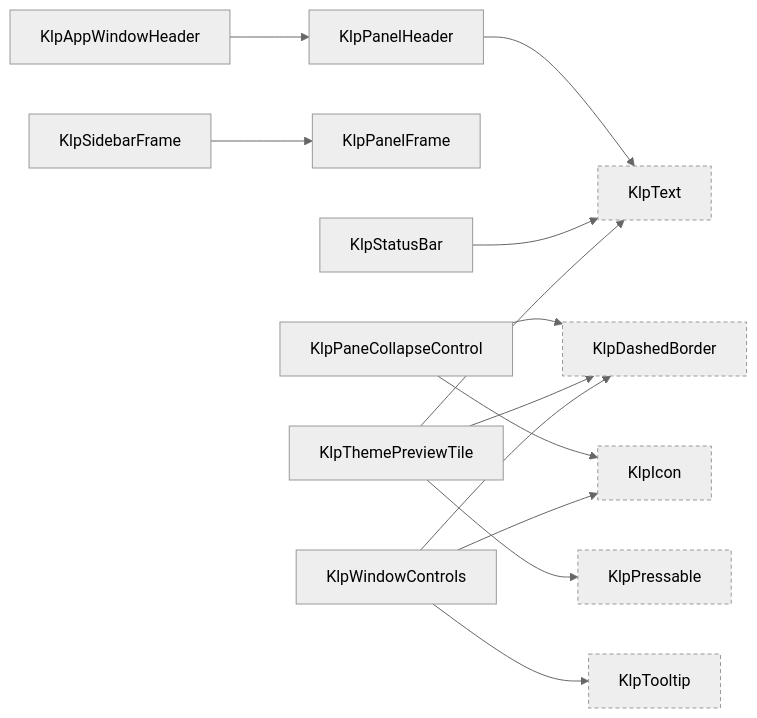
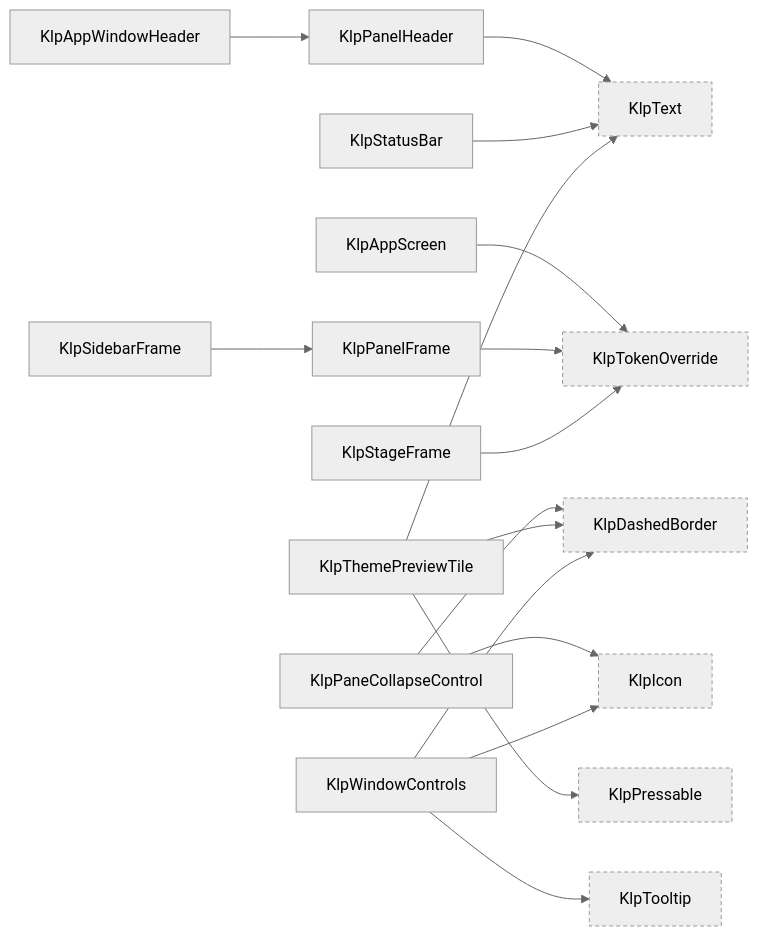
One commit to MiuDog/Kallopis changed diagram 16 of 17 in spec/component-inventory.md. Above: the diagram before and after it, drawn with Mermaid (neutral theme). The commit also changed other lines of this file and 8 other files, not shown here.

````diff
--- a/spec/component-inventory.md
+++ b/spec/component-inventory.md
@@ -976,29 +982,35 @@
 ```mermaid
 graph LR
+  KlpAppScreen["KlpAppScreen"]
   KlpAppWindowHeader["KlpAppWindowHeader"]
   KlpDashedBorder["KlpDashedBorder"]:::external
   KlpIcon["KlpIcon"]:::external
   KlpPaneCollapseControl["KlpPaneCollapseControl"]
   KlpPanelFrame["KlpPanelFrame"]
   KlpPanelHeader["KlpPanelHeader"]
   KlpPressable["KlpPressable"]:::external
   KlpSidebarFrame["KlpSidebarFrame"]
+  KlpStageFrame["KlpStageFrame"]
   KlpStatusBar["KlpStatusBar"]
   KlpText["KlpText"]:::external
   KlpThemePreviewTile["KlpThemePreviewTile"]
+  KlpTokenOverride["KlpTokenOverride"]:::external
   KlpTooltip["KlpTooltip"]:::external
   KlpWindowControls["KlpWindowControls"]
+  KlpAppScreen --> KlpTokenOverride
   KlpAppWindowHeader --> KlpPanelHeader
   KlpPaneCollapseControl --> KlpDashedBorder
   KlpPaneCollapseControl --> KlpIcon
+  KlpPanelFrame --> KlpTokenOverride
   KlpPanelHeader --> KlpText
   KlpSidebarFrame --> KlpPanelFrame
+  KlpStageFrame --> KlpTokenOverride
   KlpStatusBar --> KlpText
   KlpThemePreviewTile --> KlpDashedBorder
   KlpThemePreviewTile --> KlpPressable
   KlpThemePreviewTile --> KlpText
   KlpWindowControls --> KlpDashedBorder
   KlpWindowControls --> KlpIcon
   KlpWindowControls --> KlpTooltip
   classDef external stroke-dasharray: 4 3;
 ```
````
